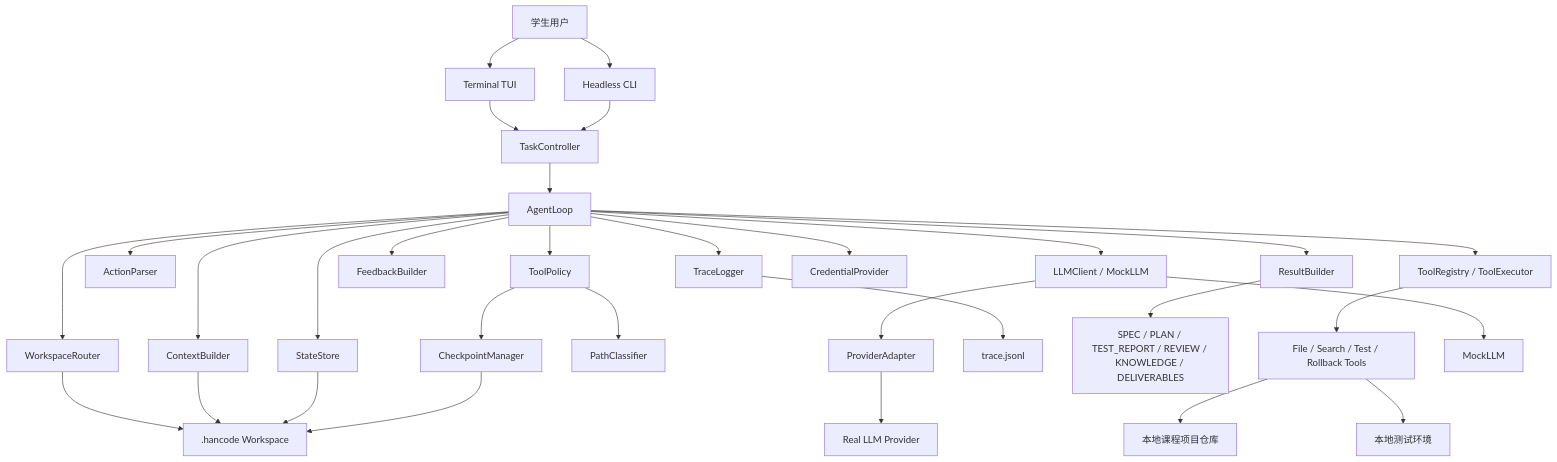
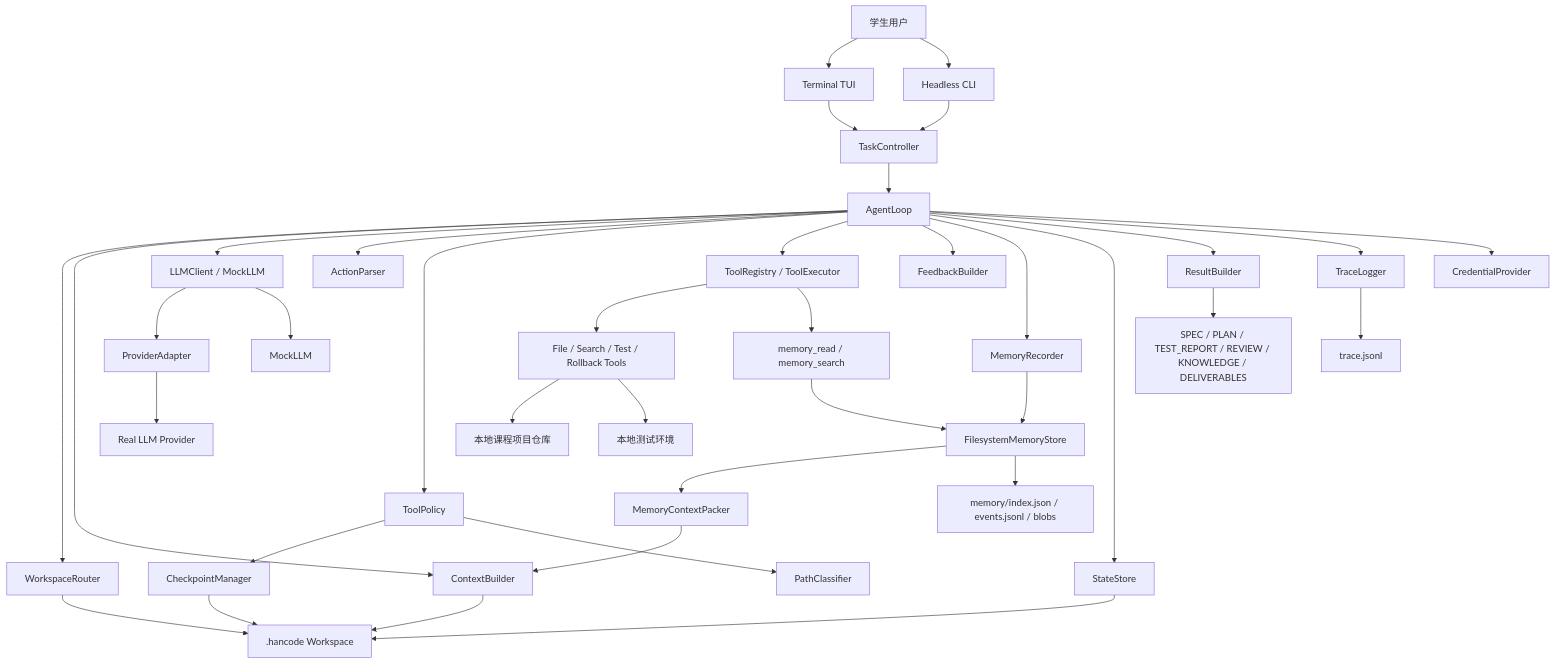
The first of 2 diagrams in docs/SPEC.md (liyuhan7/HanCode), drawn with Mermaid before and after one commit. The commit also changed other lines of this file and 2 other files, not shown here.

````diff
--- a/docs/SPEC.md
+++ b/docs/SPEC.md
@@ -421,39 +430,46 @@
 ```mermaid
 flowchart TD
     Student["学生用户"] --> TUI["Terminal TUI"]
     Student --> CLI["Headless CLI"]
 
     TUI --> Controller["TaskController"]
     CLI --> Controller
 
     Controller --> Loop["AgentLoop"]
 
     Loop --> Router["WorkspaceRouter"]
     Loop --> Context["ContextBuilder"]
     Loop --> LLM["LLMClient / MockLLM"]
     Loop --> Parser["ActionParser"]
     Loop --> Policy["ToolPolicy"]
     Loop --> Tools["ToolRegistry / ToolExecutor"]
     Loop --> Feedback["FeedbackBuilder"]
+    Loop --> Recorder["MemoryRecorder"]
     Loop --> State["StateStore"]
     Loop --> Result["ResultBuilder"]
     Loop --> Trace["TraceLogger"]
     Loop --> Credential["CredentialProvider"]
 
     Policy --> Checkpoint["CheckpointManager"]
     Policy --> PathCls["PathClassifier"]
     Tools --> FileTools["File / Search / Test / Rollback Tools"]
+    Recorder --> MemoryStore["FilesystemMemoryStore"]
+    MemoryStore --> Packer["MemoryContextPacker"]
+    Packer --> Context
+    Tools --> MemoryTools["memory_read / memory_search"]
+    MemoryTools --> MemoryStore
 
     Router --> Workspace[".hancode Workspace"]
     Context --> Workspace
     State --> Workspace
     Checkpoint --> Workspace
     Trace --> TraceFile["trace.jsonl"]
+    MemoryStore --> MemoryFiles["memory/index.json / events.jsonl / blobs"]
     Result --> Artifacts["SPEC / PLAN / TEST_REPORT / REVIEW / KNOWLEDGE / DELIVERABLES"]
 
     LLM --> Adapter["ProviderAdapter"]
     Adapter --> Provider["Real LLM Provider"]
     LLM --> Mock["MockLLM"]
     FileTools --> Repo["本地课程项目仓库"]
     FileTools --> TestEnv["本地测试环境"]
 ```
````
